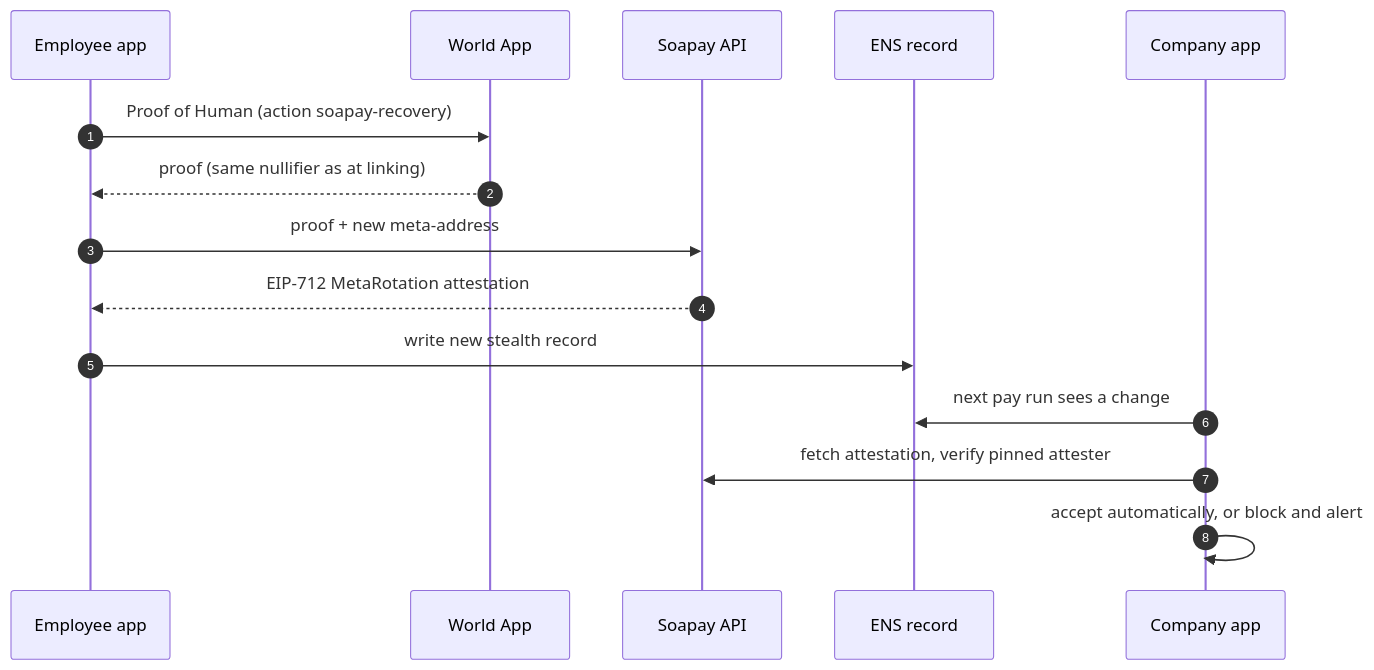
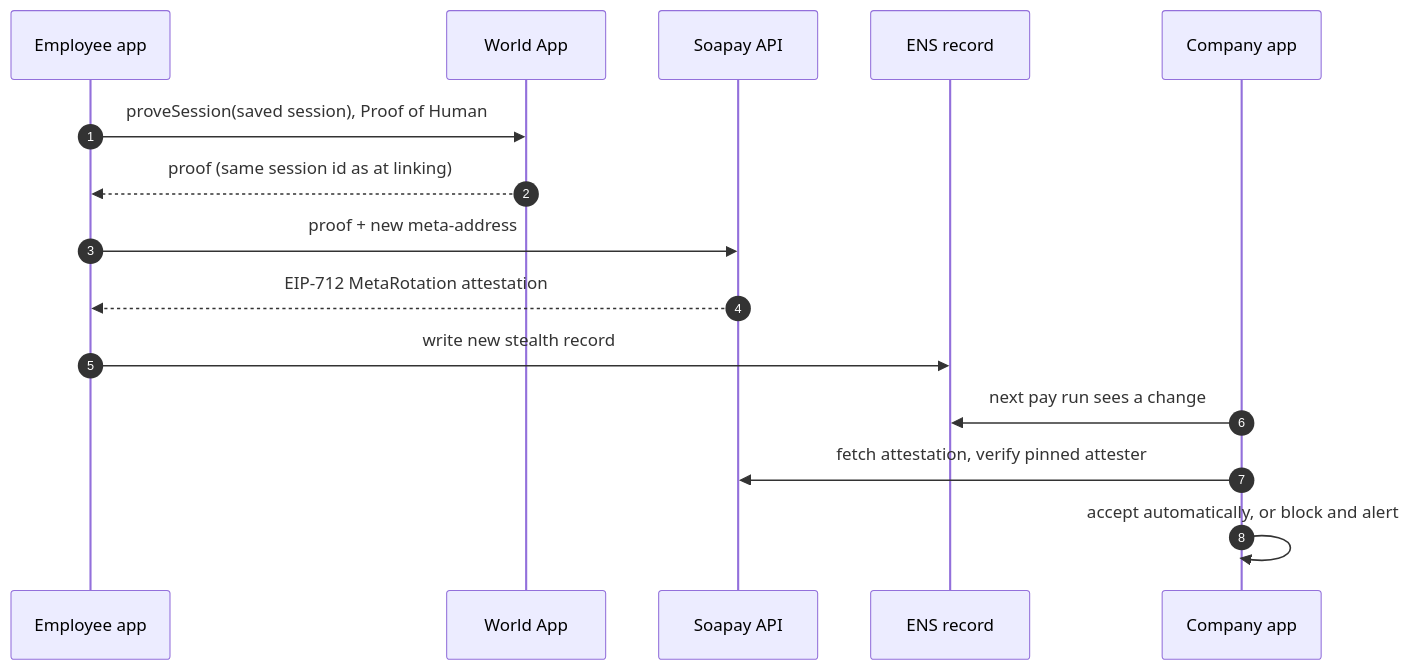
Before and after one commit to easonchai/soapay: the fifth of 7 diagrams in docs/architecture.md, drawn with Mermaid. The commit also changed other lines of this file and 8 other files, not shown here.

````diff
--- a/docs/architecture.md
+++ b/docs/architecture.md
@@ -186,17 +186,17 @@
 ```mermaid
 sequenceDiagram
   autonumber
   participant R as Employee app
   participant W as World App
   participant A as Soapay API
   participant N as ENS record
   participant E as Company app
-  R->>W: Proof of Human (action soapay-recovery)
-  W-->>R: proof (same nullifier as at linking)
+  R->>W: proveSession(saved session), Proof of Human
+  W-->>R: proof (same session id as at linking)
   R->>A: proof + new meta-address
   A-->>R: EIP-712 MetaRotation attestation
   R->>N: write new stealth record
   E->>N: next pay run sees a change
   E->>A: fetch attestation, verify pinned attester
   E->>E: accept automatically, or block and alert
 ```
````
